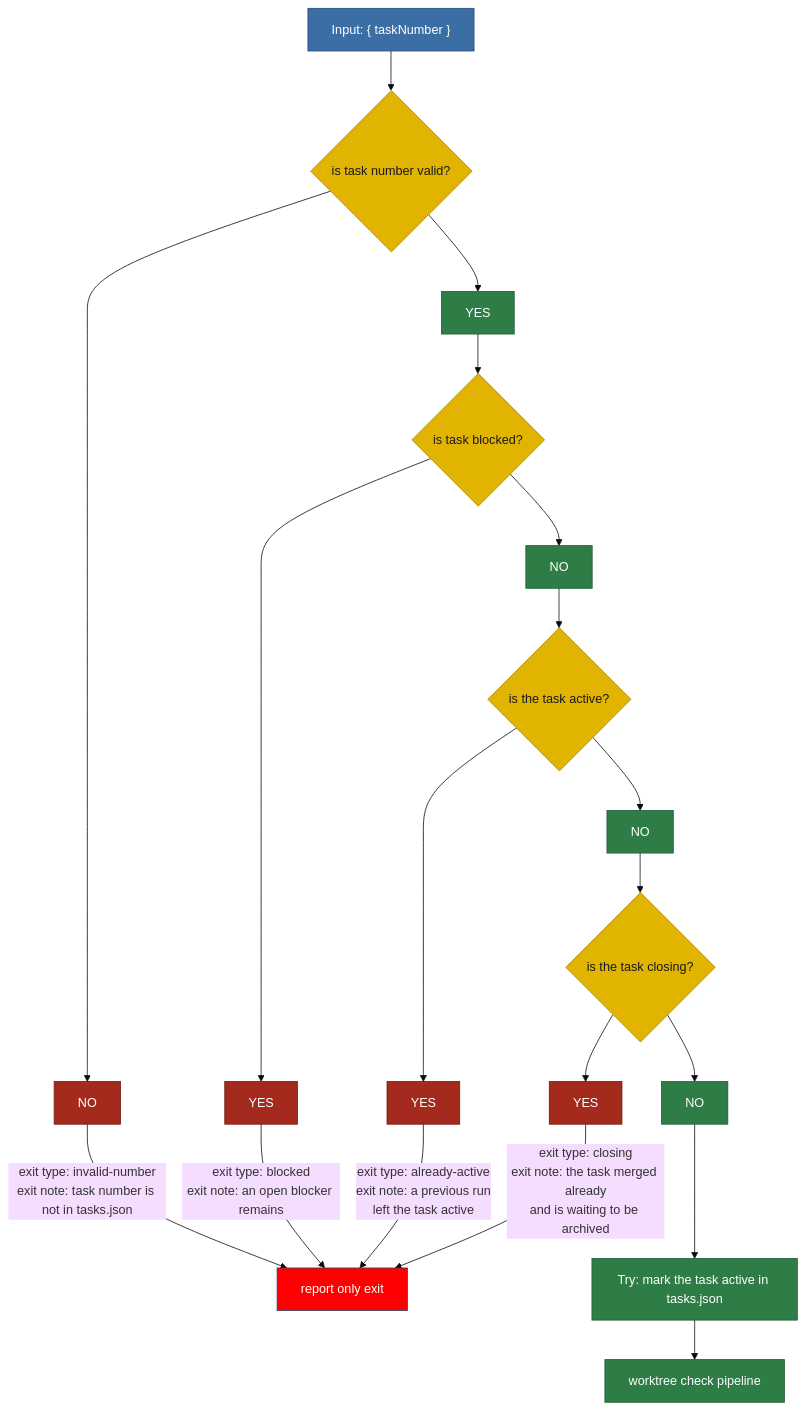
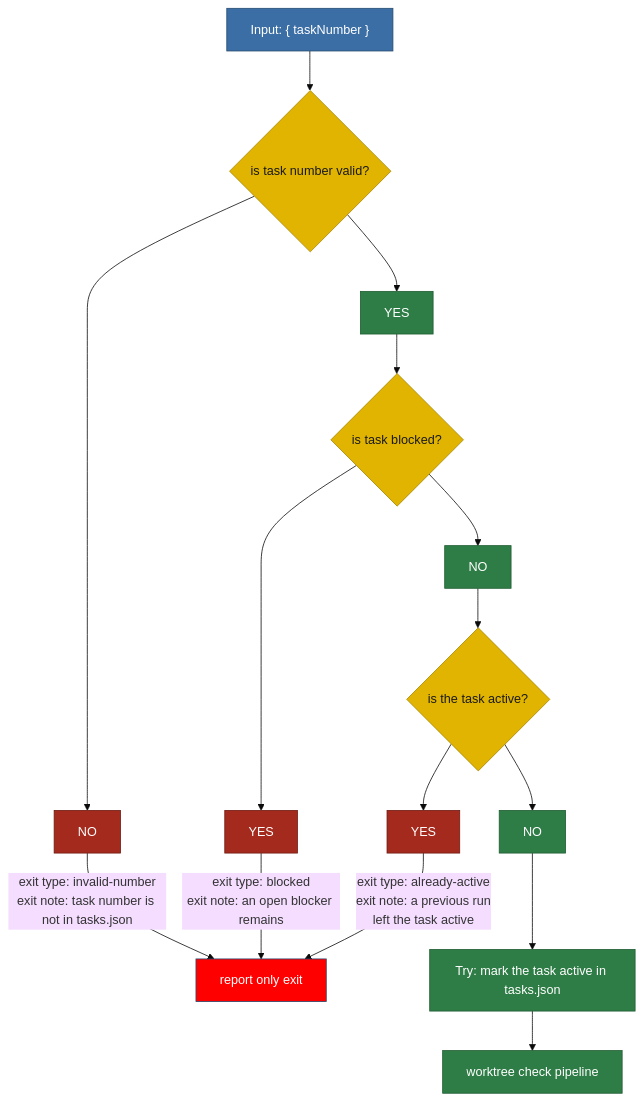
The diagram in plans/diagram/pipeline-preambleStatusCheck.mmd (matkatmusic/taskTools), drawn with Mermaid (base theme) before and after one commit. The commit also changed 5 other files, not shown here.

Commit message:
refactor: simplify comments and update task handling in pipeline diagrams

```diff
--- a/plans/diagram/pipeline-preambleStatusCheck.mmd
+++ b/plans/diagram/pipeline-preambleStatusCheck.mmd
@@ -1,75 +1,69 @@
 flowchart TB
 %% PREAMBLE STATUS CHECK. Runs entirely before the task is marked active.
 %% ---
 %% Every exit here takes the report only exit, never the failures exit.
 %% ---
 %% An ambiguous mark-active failure is reconciled: re-read tasks.json to see if the claim landed.
 %% ---
 %% Still unknown after that re-read counts as run-failed.
 %% ---
-%% "is the task active?", "is it closing?" and "mark it active" are one atomic write.
+%% "is the task active?" and "mark it active" are one atomic write.
 %% ---
-%% See claimTask in taskRunState.ts, which returns claimed, active or closing.
+%% See claimTask in taskRunState.ts.
 %% ---
 %% Task number and blocked checks happen before that atomic claim.
 %% ---
 %% A blocker added in that window still lets the run through.
 %% ---
 %% ACCEPTED: the window is milliseconds and the worst case is one extra finished task.
 %% ---
 %% KNOWN GAP: a task left active by a dead process stays active forever.
 %% ---
 %% No liveness check or automatic recovery exists; see prepareTasks.ts:251.
 %% ---
 %% Recovery is manual: recoverStaleTaskWorktreeLease in prepareTasks.ts, or recoverSourceRepoLock.ts.
 %% ---
 %% Neither recovery script clears the active flag in tasks.json; that is done by hand.
 %% ---
 %% Exit types this pipeline can produce:
 %% ---
 %%   invalid-number  - not in tasks.json, completedTasks.json not consulted
 %% ---
 %%   blocked         - an open blocker remains
 %% ---
 %%   already-active  - a previous run left the task active
 %% ---
-%%   closing         - the task merged already, waiting to be archived
-%% ---
 %%   run-failed      - a script failed before the task became active
 
   TASK_NUMBER_INPUT["Input: { taskNumber }"] --> IS_TASK_NUMBER_VALID
   IS_TASK_NUMBER_VALID{"is task number valid?"} --> IS_TASK_NUMBER_VALID_YES["YES"]
   IS_TASK_NUMBER_VALID --> IS_TASK_NUMBER_VALID_NO["NO"]
   IS_TASK_NUMBER_VALID_NO -- "exit type: invalid-number<br/>exit note: task number is not in tasks.json" --> REPORT_ONLY_EXIT
   IS_TASK_NUMBER_VALID_YES --> IS_TASK_BLOCKED{"is task blocked?"}
   IS_TASK_BLOCKED --> IS_TASK_BLOCKED_YES["YES"]
   IS_TASK_BLOCKED --> IS_TASK_BLOCKED_NO["NO"]
   IS_TASK_BLOCKED_YES -- "exit type: blocked<br/>exit note: an open blocker remains" --> REPORT_ONLY_EXIT
   IS_TASK_BLOCKED_NO --> IS_TASK_ACTIVE{"is the task active?"}
   IS_TASK_ACTIVE --> IS_TASK_ACTIVE_YES["YES"]
   IS_TASK_ACTIVE --> IS_TASK_ACTIVE_NO["NO"]
   IS_TASK_ACTIVE_YES -- "exit type: already-active<br/>exit note: a previous run<br/>left the task active" --> REPORT_ONLY_EXIT
-  IS_TASK_ACTIVE_NO --> IS_TASK_CLOSING{"is the task closing?"}
-  IS_TASK_CLOSING --> IS_TASK_CLOSING_YES["YES"]
-  IS_TASK_CLOSING --> IS_TASK_CLOSING_NO["NO"]
-  IS_TASK_CLOSING_YES -- "exit type: closing<br/>exit note: the task merged already<br/>and is waiting to be archived" --> REPORT_ONLY_EXIT
-  IS_TASK_CLOSING_NO --> MARK_TASK_ACTIVE["Try: mark the task active in tasks.json"]
+  IS_TASK_ACTIVE_NO --> MARK_TASK_ACTIVE["Try: mark the task active in tasks.json"]
   MARK_TASK_ACTIVE --> WORKTREE_CHECK_PIPELINE["worktree check pipeline"]
 
   REPORT_ONLY_EXIT["report only exit"]
 
   %% pass/nopass: green heads for the next pipeline, red ends in an exit.
   classDef pipeline fill:#2f7d46,stroke:#1e5c31,color:#ffffff
   classDef script fill:#2f7d46,stroke:#1e5c31,color:#ffffff
   classDef decision fill:#e0b400,stroke:#a88600,color:#1a1a1a
   classDef output fill:#3b6ea5,stroke:#254a70,color:#ffffff
   classDef fail fill:red,stroke:#254a70,color:#ffffff
   classDef pass fill:#2f7d46,stroke:#1e5c31,color:#ffffff
   classDef nopass fill:#a52a1e,stroke:#6d1a12,color:#ffffff
-  class IS_TASK_NUMBER_VALID,IS_TASK_BLOCKED,IS_TASK_ACTIVE,IS_TASK_CLOSING decision
+  class IS_TASK_NUMBER_VALID,IS_TASK_BLOCKED,IS_TASK_ACTIVE decision
   class MARK_TASK_ACTIVE script
   class WORKTREE_CHECK_PIPELINE pipeline
-  class IS_TASK_NUMBER_VALID_YES,IS_TASK_BLOCKED_NO,IS_TASK_ACTIVE_NO,IS_TASK_CLOSING_NO pass
-  class IS_TASK_NUMBER_VALID_NO,IS_TASK_BLOCKED_YES,IS_TASK_ACTIVE_YES,IS_TASK_CLOSING_YES nopass
+  class IS_TASK_NUMBER_VALID_YES,IS_TASK_BLOCKED_NO,IS_TASK_ACTIVE_NO pass
+  class IS_TASK_NUMBER_VALID_NO,IS_TASK_BLOCKED_YES,IS_TASK_ACTIVE_YES nopass
   class REPORT_ONLY_EXIT fail
   class TASK_NUMBER_INPUT output
```
